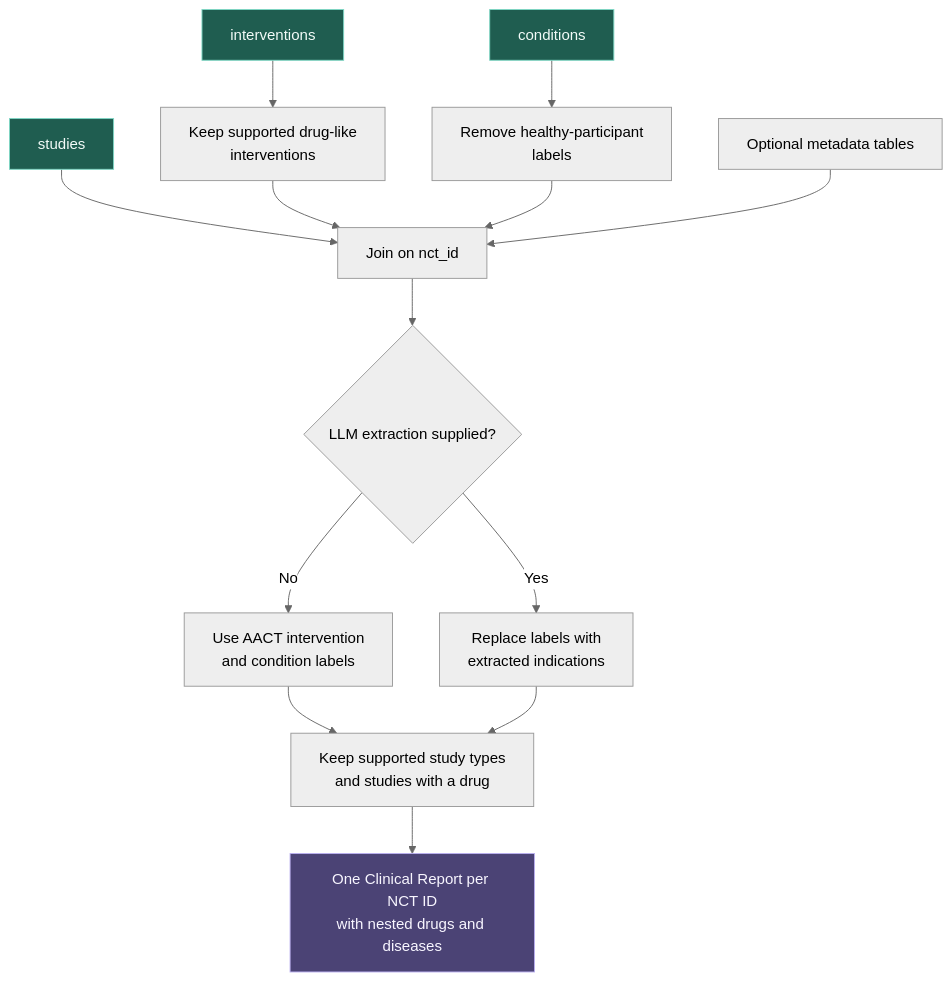
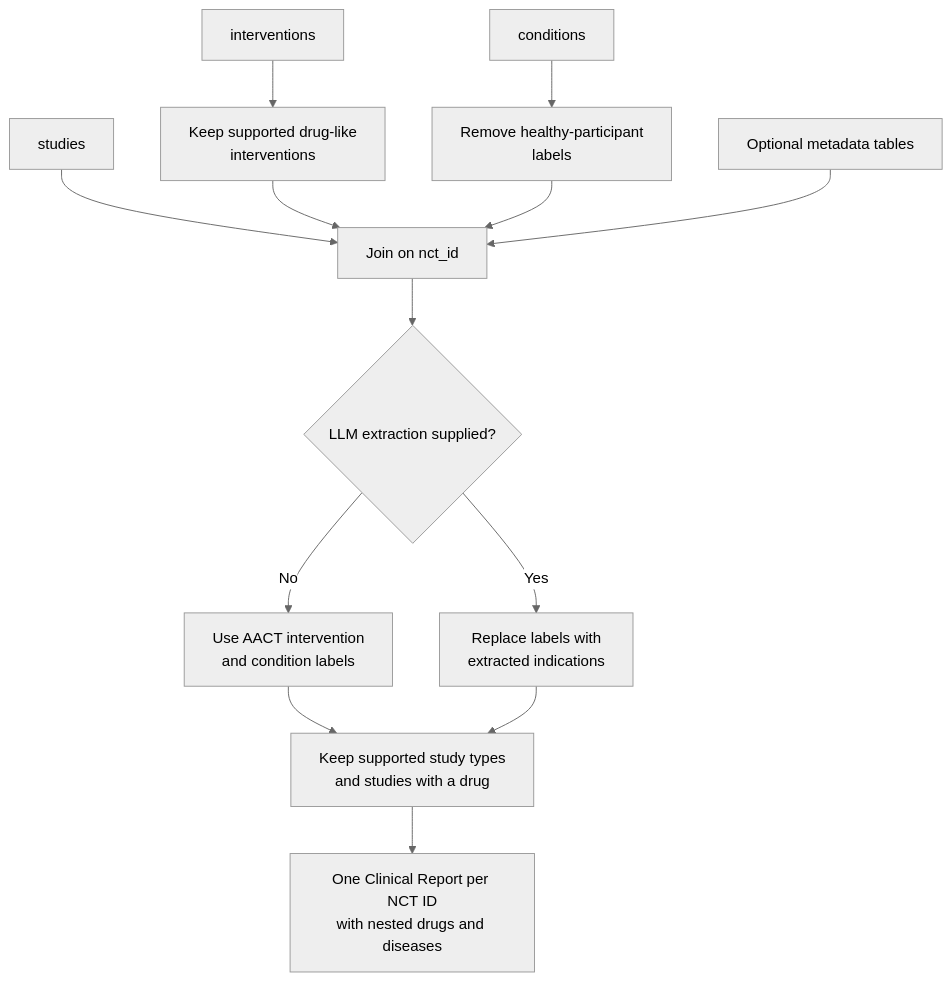
One commit to opentargets/mira changed the diagram in docs/providers/aact.md. Above: the diagram before and after it, drawn with Mermaid (neutral theme). The commit also changed 8 other files, not shown here.

````diff
--- a/docs/providers/aact.md
+++ b/docs/providers/aact.md
@@ -26,20 +26,16 @@
 ```mermaid
 flowchart TD
     S["studies"] --> JOIN["Join on nct_id"]
     I["interventions"] --> IFILTER["Keep supported drug-like<br/>interventions"]
     IFILTER --> JOIN
     C["conditions"] --> CFILTER["Remove healthy-participant<br/>labels"]
     CFILTER --> JOIN
     M["Optional metadata tables"] --> JOIN
     JOIN --> LLM{"LLM extraction supplied?"}
     LLM -- No --> SOURCE["Use AACT intervention<br/>and condition labels"]
     LLM -- Yes --> REPLACE["Replace labels with<br/>extracted indications"]
     SOURCE --> SELECT["Keep supported study types<br/>and studies with a drug"]
     REPLACE --> SELECT
     SELECT --> REPORT["One Clinical Report per NCT ID<br/>with nested drugs and diseases"]
 
-    style S fill:#1f5d50,stroke:#7ed6c4,color:#f2fbf8
-    style I fill:#1f5d50,stroke:#7ed6c4,color:#f2fbf8
-    style C fill:#1f5d50,stroke:#7ed6c4,color:#f2fbf8
-    style REPORT fill:#4b4375,stroke:#b9aeef,color:#f8f6ff
 ```
````
